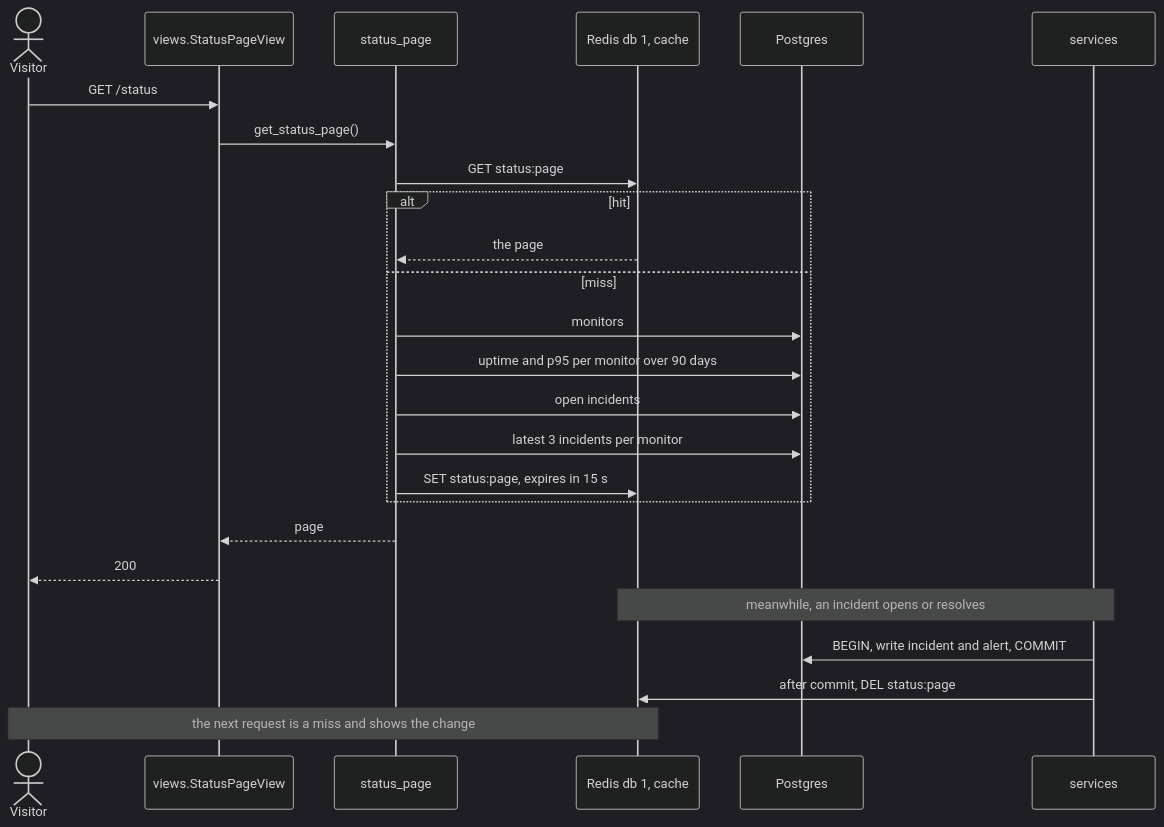
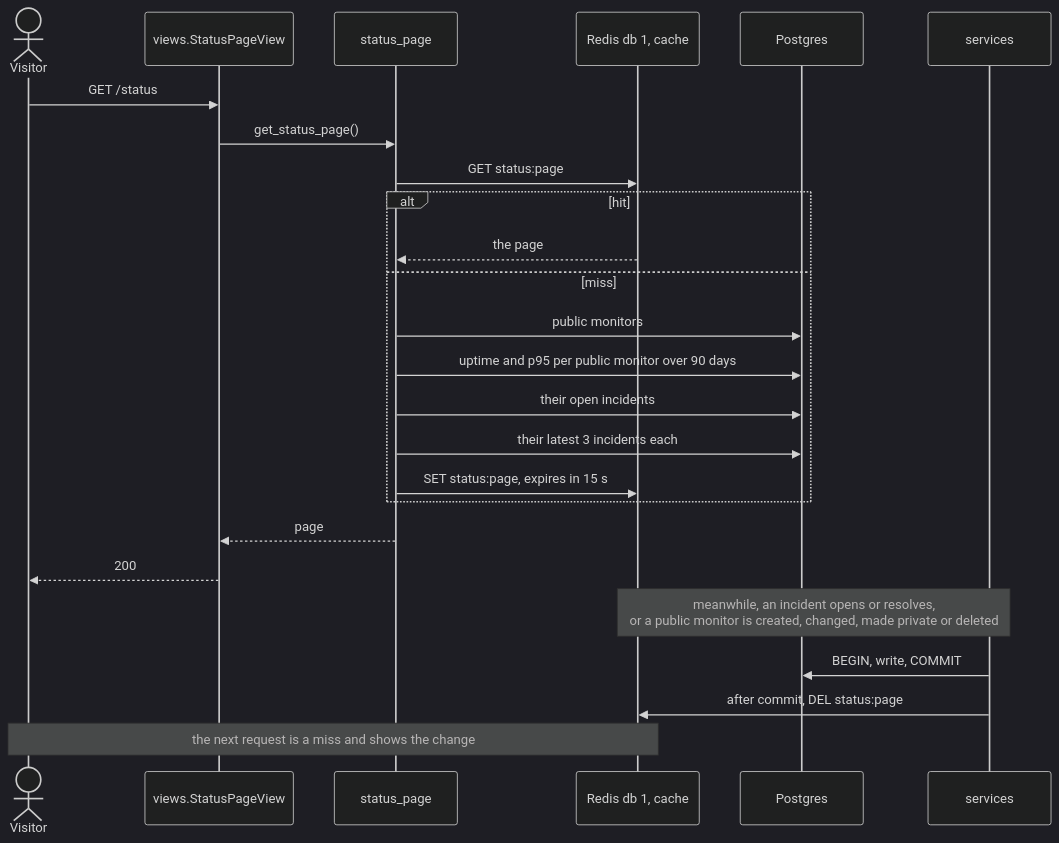
One commit to wbaghdadi20/pulse changed the tenth of 12 diagrams in ARCHITECTURE.md. Above: the diagram before and after it, drawn with Mermaid (dark theme). The commit also changed other lines of this file, not shown here.

Commit message:
docs: bring the C4 diagrams, data model and flows up to date for D8

````diff
--- a/ARCHITECTURE.md
+++ b/ARCHITECTURE.md
@@ -400,29 +500,29 @@
 ```mermaid
 sequenceDiagram
     actor Visitor
     participant V as views.StatusPageView
     participant P as status_page
     participant C as Redis db 1, cache
     participant DB as Postgres
     participant S as services
 
     Visitor->>V: GET /status
     V->>P: get_status_page()
     P->>C: GET status:page
     alt hit
         C-->>P: the page
     else miss
-        P->>DB: monitors
-        P->>DB: uptime and p95 per monitor over 90 days
-        P->>DB: open incidents
-        P->>DB: latest 3 incidents per monitor
+        P->>DB: public monitors
+        P->>DB: uptime and p95 per public monitor over 90 days
+        P->>DB: their open incidents
+        P->>DB: their latest 3 incidents each
         P->>C: SET status:page, expires in 15 s
     end
     P-->>V: page
     V-->>Visitor: 200
 
-    Note over S,C: meanwhile, an incident opens or resolves
-    S->>DB: BEGIN, write incident and alert, COMMIT
+    Note over S,C: meanwhile, an incident opens or resolves,<br/>or a public monitor is created, changed, made private or deleted
+    S->>DB: BEGIN, write, COMMIT
     S->>C: after commit, DEL status:page
     Note over Visitor,C: the next request is a miss and shows the change
 ```
````
